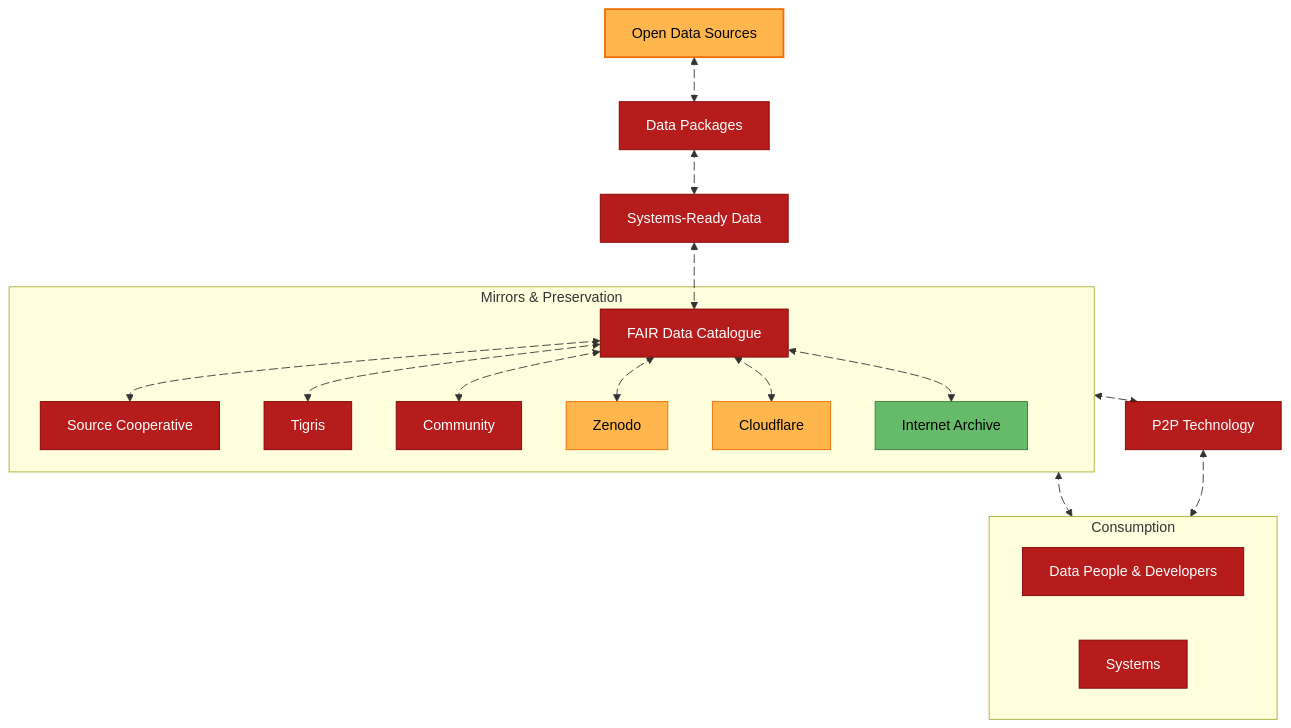
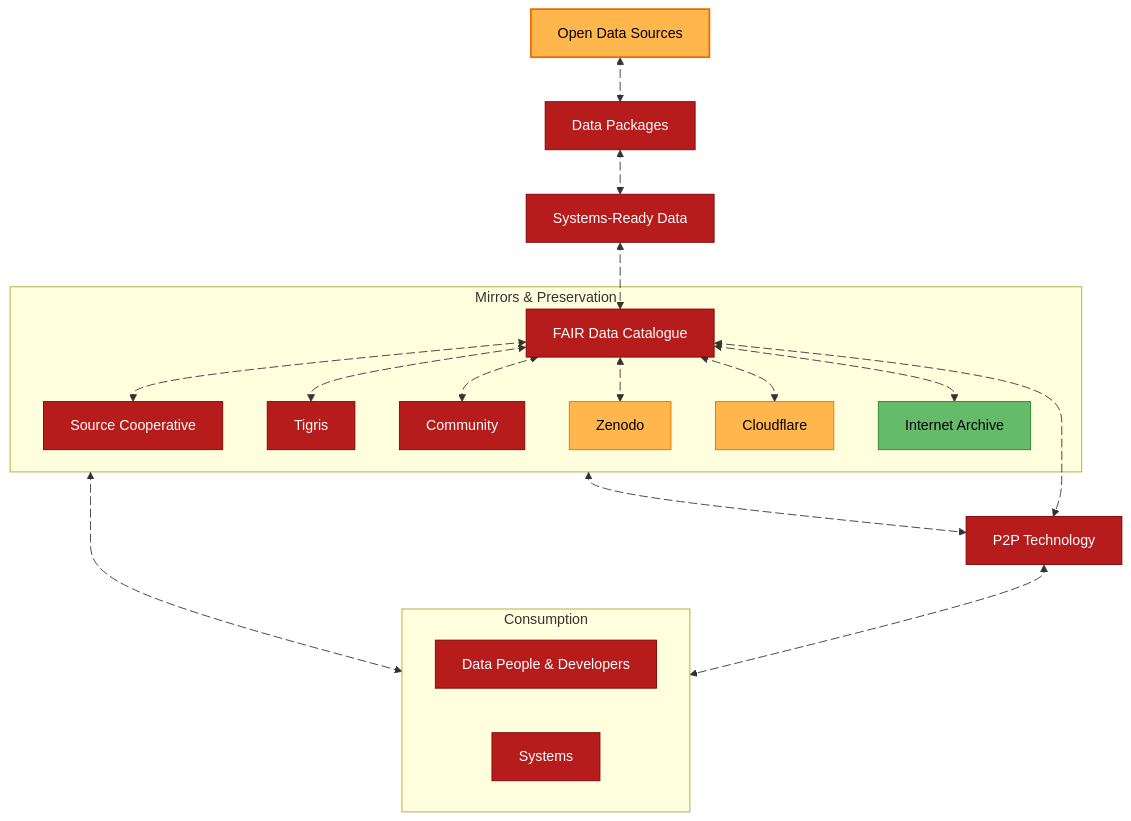
The first of 2 diagrams in content/docs/d4c-infra-distribution/_index.md (dataforcanada/www.dataforcanada.org), drawn with Mermaid before and after one commit.

Commit message:
Update data dissemination strategy high-level overview diagram, improve how it all fits together

```diff
--- a/content/docs/d4c-infra-distribution/_index.md
+++ b/content/docs/d4c-infra-distribution/_index.md
@@ -61,6 +61,8 @@
     mirrors a12@<--> Consumers
     a12@{animate: true, animation: slow}
     
+    Metadata a30@<--> P2P
+    a30@{animate: true, animation: fast}
     mirrors a9@<--> P2P
     a9@{animate: true, animation: fast}
 
```
